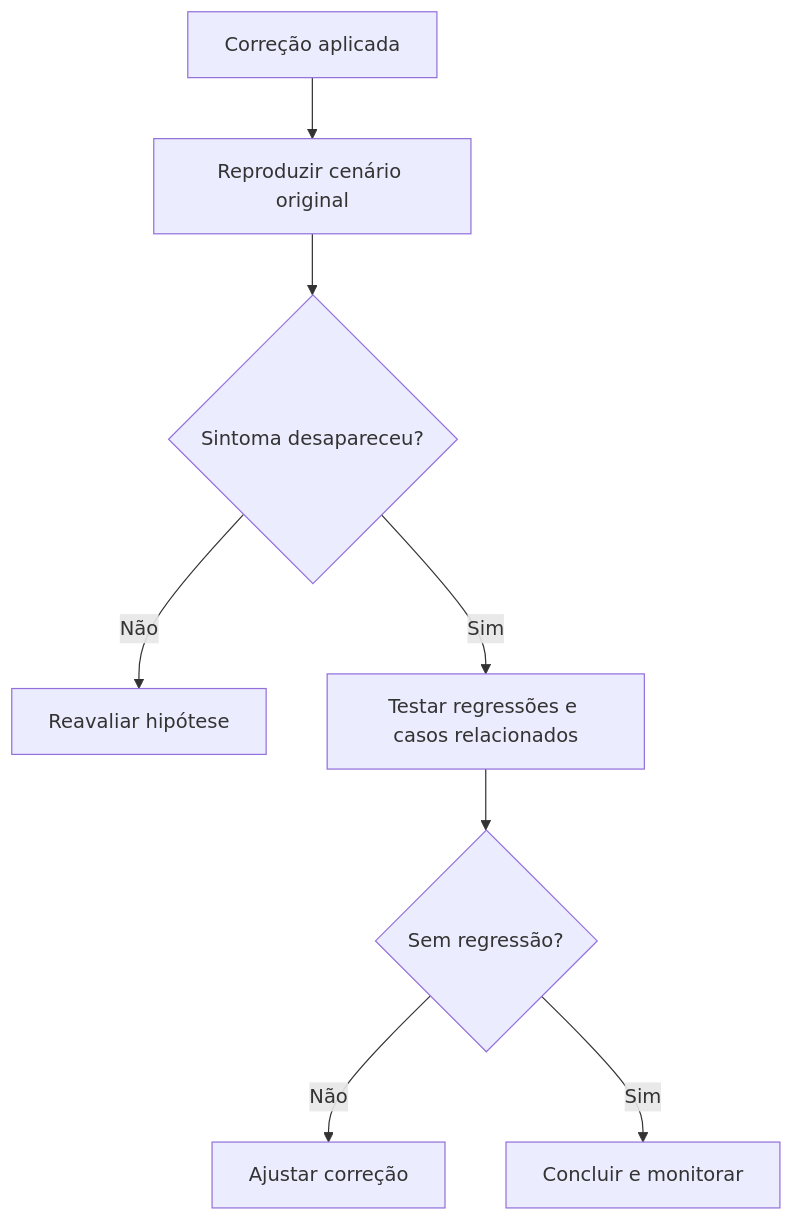
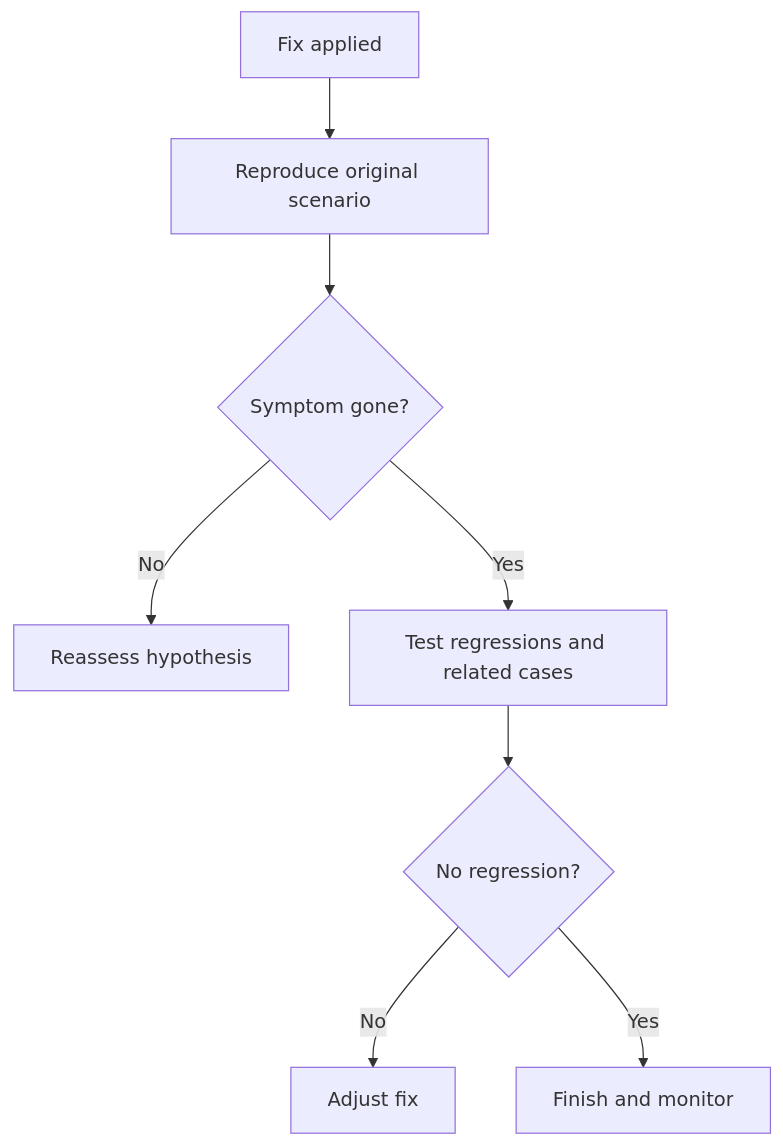
The fifth of 5 diagrams in dist/.agents/skills/pelizzai-reasoning/techniques/root-cause-analysis.md (rpelizza/PelizzAI), drawn with Mermaid before and after one commit. The commit also changed other lines of this file and 362 other files, not shown here.

````diff
--- a/dist/.agents/skills/pelizzai-reasoning/techniques/root-cause-analysis.md
+++ b/dist/.agents/skills/pelizzai-reasoning/techniques/root-cause-analysis.md
@@ -623,10 +623,10 @@
 ```mermaid
 flowchart TD
-    A[Correção aplicada] --> B[Reproduzir cenário original]
-    B --> C{Sintoma desapareceu?}
-    C -- Não --> D[Reavaliar hipótese]
-    C -- Sim --> E[Testar regressões e casos relacionados]
-    E --> F{Sem regressão?}
-    F -- Não --> G[Ajustar correção]
-    F -- Sim --> H[Concluir e monitorar]
+    A[Fix applied] --> B[Reproduce original scenario]
+    B --> C{Symptom gone?}
+    C -- No --> D[Reassess hypothesis]
+    C -- Yes --> E[Test regressions and related cases]
+    E --> F{No regression?}
+    F -- No --> G[Adjust fix]
+    F -- Yes --> H[Finish and monitor]
 ```
````
